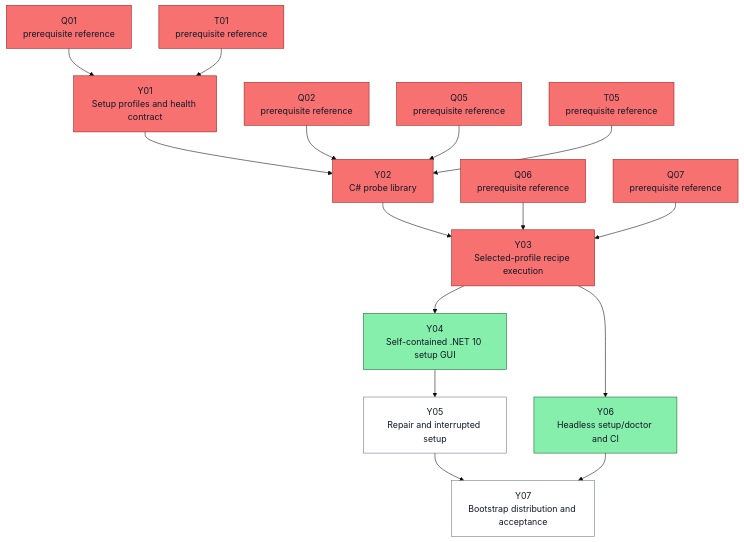
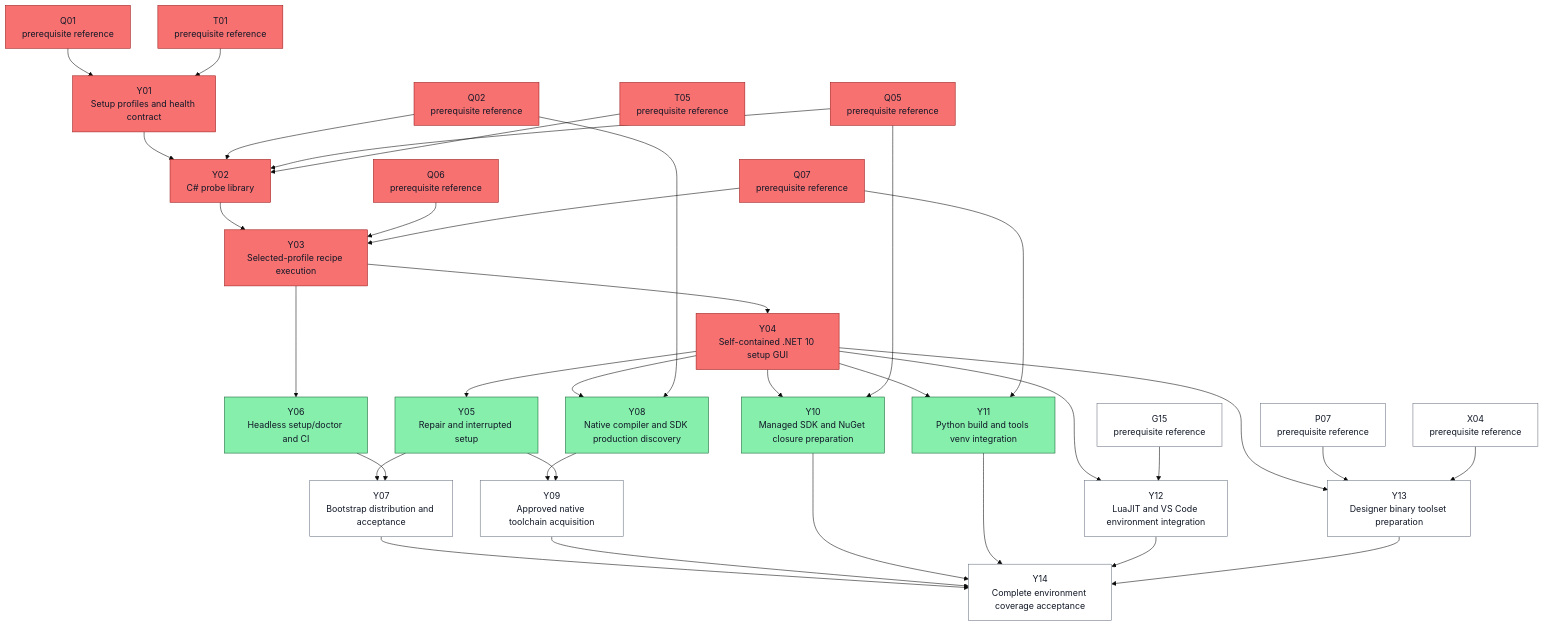
Diagram 26 of 27 in docs/task-dependencies.md (ocarizr/spaceraiders), drawn with Mermaid (base theme) before and after one commit. The commit also changed other lines of this file and 16 other files, not shown here.

First line of the commit message:
feat(Y04): add self-contained Windows environment setup GUI (#24)

````diff
--- a/docs/task-dependencies.md
+++ b/docs/task-dependencies.md
@@ -1302,34 +1402,63 @@
 ```mermaid
 flowchart TD
+    ref_Y_G15["G15<br/>prerequisite reference"]:::pending
+    ref_Y_P07["P07<br/>prerequisite reference"]:::pending
     ref_Y_Q01["Q01<br/>prerequisite reference"]:::done
     ref_Y_Q02["Q02<br/>prerequisite reference"]:::done
     ref_Y_Q05["Q05<br/>prerequisite reference"]:::done
     ref_Y_Q06["Q06<br/>prerequisite reference"]:::done
     ref_Y_Q07["Q07<br/>prerequisite reference"]:::done
     ref_Y_T01["T01<br/>prerequisite reference"]:::done
     ref_Y_T05["T05<br/>prerequisite reference"]:::done
+    ref_Y_X04["X04<br/>prerequisite reference"]:::pending
     Y01["Y01<br/>Setup profiles and health contract"]:::done
     Y02["Y02<br/>C# probe library"]:::done
     Y03["Y03<br/>Selected-profile recipe execution"]:::done
-    Y04["Y04<br/>Self-contained .NET 10 setup GUI"]:::ready
-    Y05["Y05<br/>Repair and interrupted setup"]:::pending
+    Y04["Y04<br/>Self-contained .NET 10 setup GUI"]:::done
+    Y05["Y05<br/>Repair and interrupted setup"]:::ready
     Y06["Y06<br/>Headless setup/doctor and CI"]:::ready
     Y07["Y07<br/>Bootstrap distribution and acceptance"]:::pending
+    Y08["Y08<br/>Native compiler and SDK production discovery"]:::ready
+    Y09["Y09<br/>Approved native toolchain acquisition"]:::pending
+    Y10["Y10<br/>Managed SDK and NuGet closure preparation"]:::ready
+    Y11["Y11<br/>Python build and tools venv integration"]:::ready
+    Y12["Y12<br/>LuaJIT and VS Code environment integration"]:::pending
+    Y13["Y13<br/>Designer binary toolset preparation"]:::pending
+    Y14["Y14<br/>Complete environment coverage acceptance"]:::pending
     ref_Y_Q01 --> Y01
     ref_Y_T01 --> Y01
     Y01 --> Y02
     ref_Y_Q02 --> Y02
     ref_Y_Q05 --> Y02
     ref_Y_T05 --> Y02
     Y02 --> Y03
     ref_Y_Q06 --> Y03
     ref_Y_Q07 --> Y03
     Y03 --> Y04
     Y04 --> Y05
     Y03 --> Y06
     Y05 --> Y07
     Y06 --> Y07
+    Y04 --> Y08
+    ref_Y_Q02 --> Y08
+    Y08 --> Y09
+    Y05 --> Y09
+    Y04 --> Y10
+    ref_Y_Q05 --> Y10
+    Y04 --> Y11
+    ref_Y_Q07 --> Y11
+    Y04 --> Y12
+    ref_Y_G15 --> Y12
+    Y04 --> Y13
+    ref_Y_P07 --> Y13
+    ref_Y_X04 --> Y13
+    Y07 --> Y14
+    Y09 --> Y14
+    Y10 --> Y14
+    Y11 --> Y14
+    Y12 --> Y14
+    Y13 --> Y14
     classDef pending fill:#ffffff,stroke:#6b7280,color:#111827
     classDef ready fill:#86efac,stroke:#166534,color:#111827
     classDef done fill:#f87171,stroke:#991b1b,color:#111827
 ```
````
